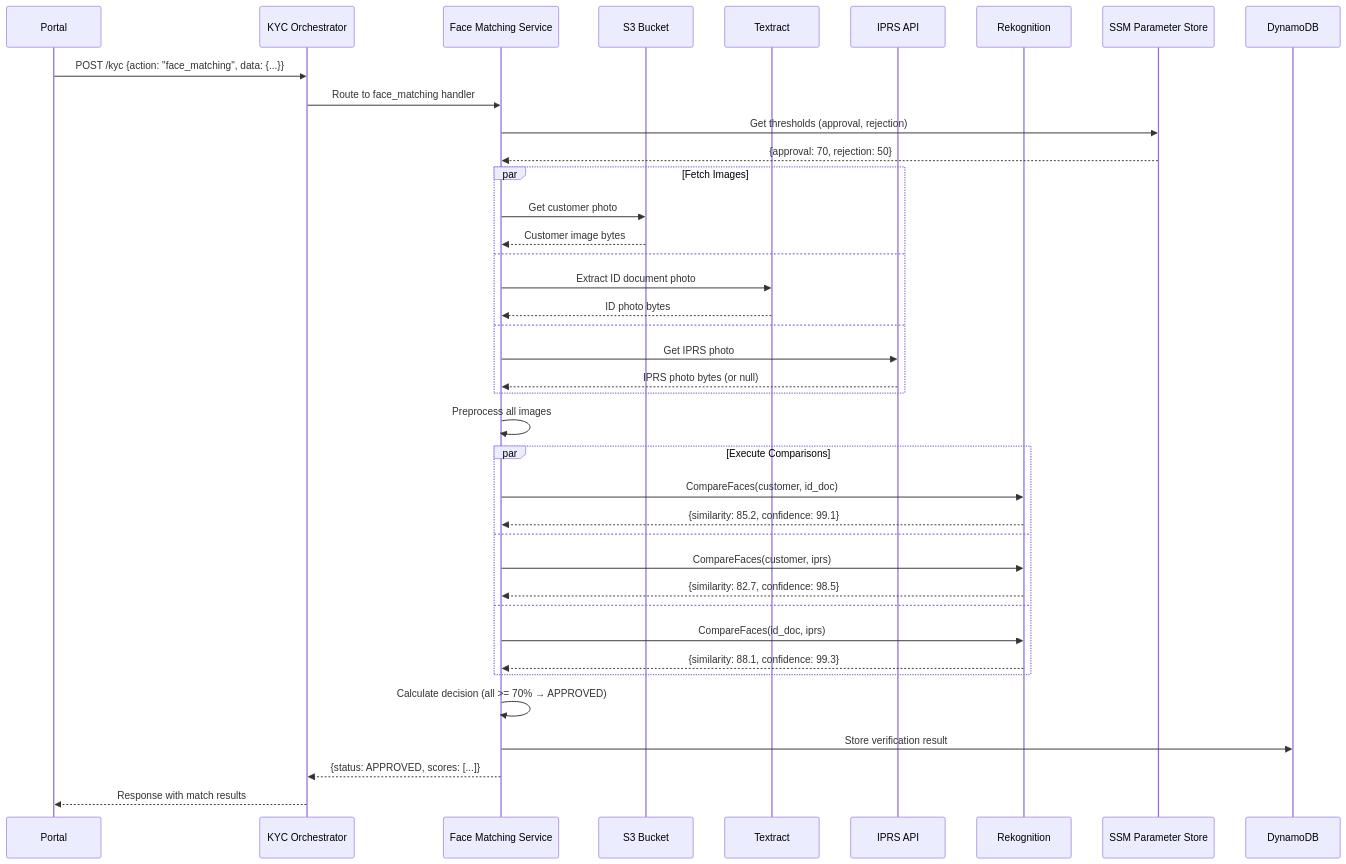
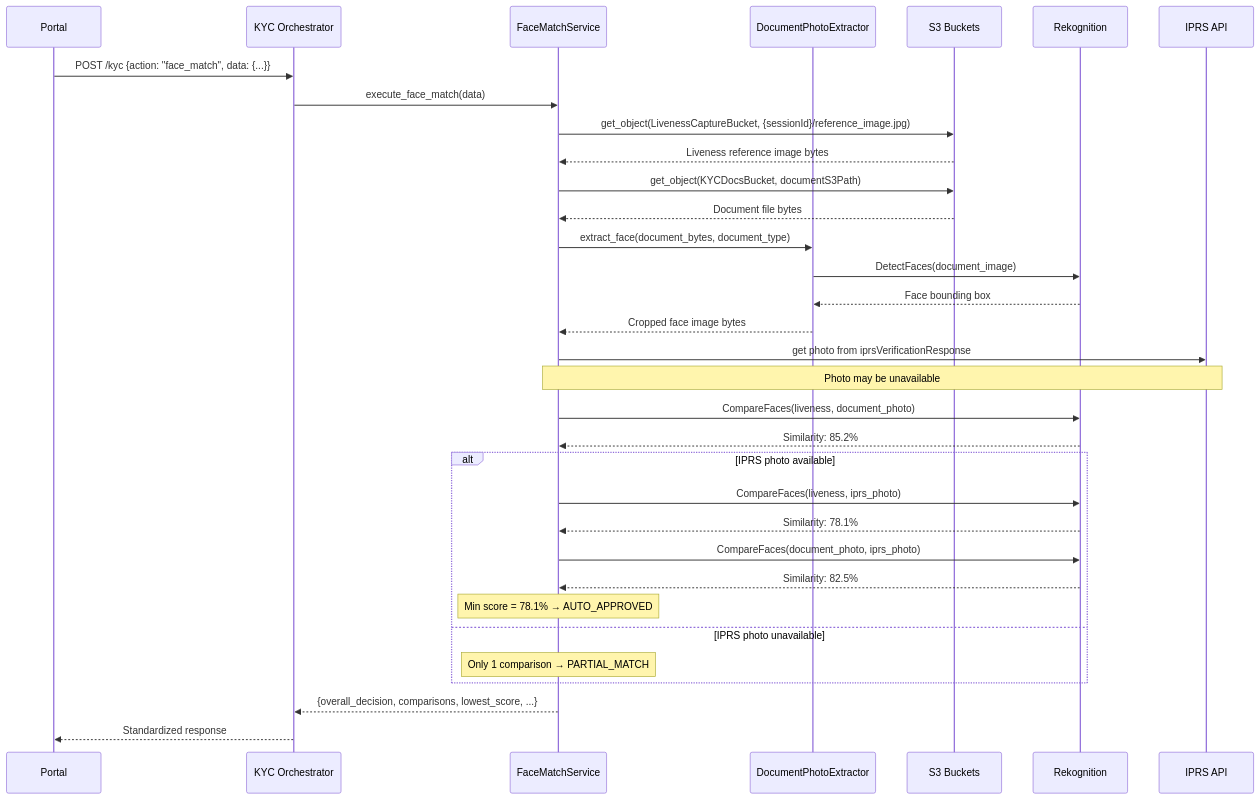
Before and after one commit to SHINRAITECHNOLOGIESLIMITED/ekyc-consolidated: the second of 2 diagrams in .kiro/specs/face-matching-verification/design.md, drawn with Mermaid. The commit also changed other lines of this file and 34 other files, not shown here.

First line of the commit message:
feat: v1.2 eKYC enhancements - serial number validation, gender validation, face matching

````diff
--- a/.kiro/specs/face-matching-verification/design.md
+++ b/.kiro/specs/face-matching-verification/design.md
@@ -113,47 +69,43 @@
 ```mermaid
 sequenceDiagram
     participant P as Portal
     participant O as KYC Orchestrator
-    participant F as Face Matching Service
-    participant S3 as S3 Bucket
-    participant TX as Textract
+    participant FMS as FaceMatchService
+    participant DPE as DocumentPhotoExtractor
+    participant S3 as S3 Buckets
+    participant REK as Rekognition
     participant IPRS as IPRS API
-    participant R as Rekognition
-    participant SSM as SSM Parameter Store
-    participant DB as DynamoDB
 
-    P->>O: POST /kyc {action: "face_matching", data: {...}}
-    O->>F: Route to face_matching handler
-    
-    F->>SSM: Get thresholds (approval, rejection)
-    SSM-->>F: {approval: 70, rejection: 50}
-    
-    par Fetch Images
-        F->>S3: Get customer photo
-        S3-->>F: Customer image bytes
-    and
-        F->>TX: Extract ID document photo
-        TX-->>F: ID photo bytes
-    and
-        F->>IPRS: Get IPRS photo
-        IPRS-->>F: IPRS photo bytes (or null)
+    P->>O: POST /kyc {action: "face_match", data: {...}}
+    O->>FMS: execute_face_match(data)
+
+    FMS->>S3: get_object(LivenessCaptureBucket, {sessionId}/reference_image.jpg)
+    S3-->>FMS: Liveness reference image bytes
+
+    FMS->>S3: get_object(KYCDocsBucket, documentS3Path)
+    S3-->>FMS: Document file bytes
+
+    FMS->>DPE: extract_face(document_bytes, document_type)
+    DPE->>REK: DetectFaces(document_image)
+    REK-->>DPE: Face bounding box
+    DPE-->>FMS: Cropped face image bytes
+
+    FMS->>IPRS: get photo from iprsVerificationResponse
+    Note over FMS,IPRS: Photo may be unavailable
+
+    FMS->>REK: CompareFaces(liveness, document_photo)
+    REK-->>FMS: Similarity: 85.2%
+
+    alt IPRS photo available
+        FMS->>REK: CompareFaces(liveness, iprs_photo)
+        REK-->>FMS: Similarity: 78.1%
+        FMS->>REK: CompareFaces(document_photo, iprs_photo)
+        REK-->>FMS: Similarity: 82.5%
+        Note over FMS: Min score = 78.1% → AUTO_APPROVED
+    else IPRS photo unavailable
+        Note over FMS: Only 1 comparison → PARTIAL_MATCH
     end
-    
-    F->>F: Preprocess all images
-    
-    par Execute Comparisons
-        F->>R: CompareFaces(customer, id_doc)
-        R-->>F: {similarity: 85.2, confidence: 99.1}
-    and
-        F->>R: CompareFaces(customer, iprs)
-        R-->>F: {similarity: 82.7, confidence: 98.5}
-    and
-        F->>R: CompareFaces(id_doc, iprs)
-        R-->>F: {similarity: 88.1, confidence: 99.3}
-    end
-    
-    F->>F: Calculate decision (all >= 70% → APPROVED)
-    F->>DB: Store verification result
-    F-->>O: {status: APPROVED, scores: [...]}
-    O-->>P: Response with match results
+
+    FMS-->>O: {overall_decision, comparisons, lowest_score, ...}
+    O-->>P: Standardized response
 ```
````
